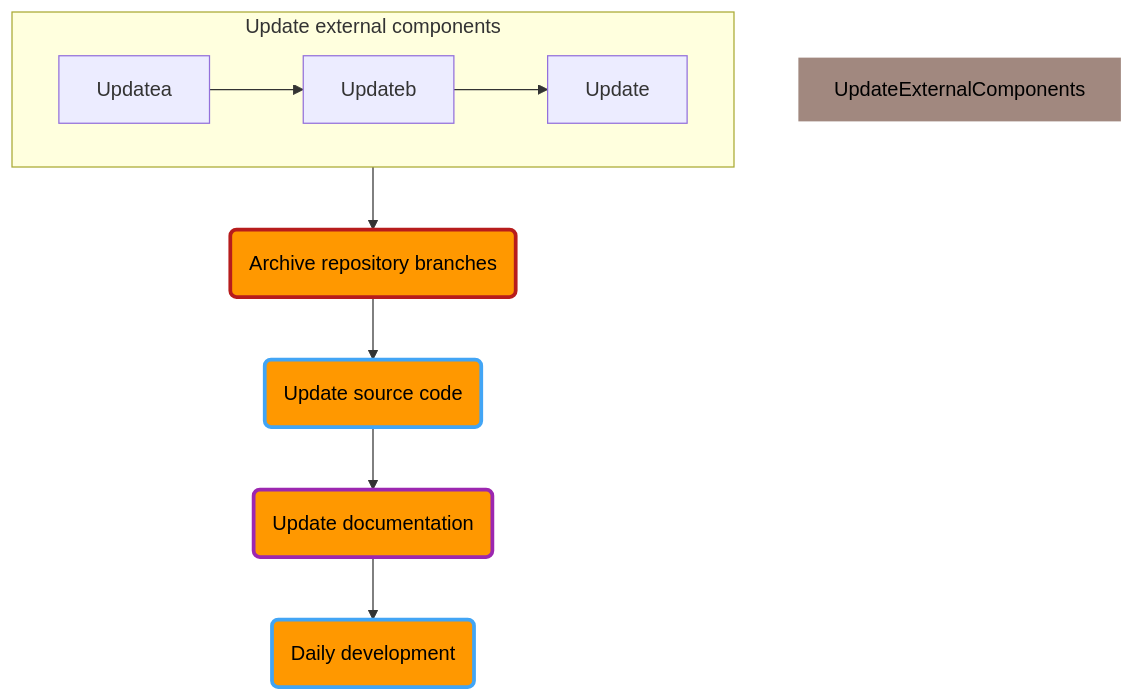
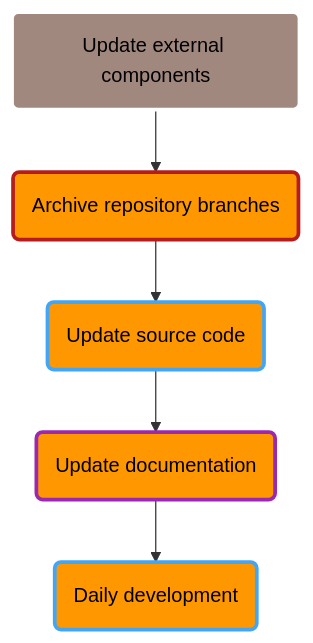
The fifth of 7 diagrams in Development/Development-processes.md (spectrum-health-systems/tingen-documentation), drawn with Mermaid before and after one commit. The commit also changed other lines of this file, not shown here.

````diff
--- a/Development/Development-processes.md
+++ b/Development/Development-processes.md
@@ -153,23 +173,17 @@
 ```mermaid
 flowchart TB
   %% Components
-  subgraph ExternalComponents[Update external components]
-    direction LR
-    %%UpdateExternalComponents@{shape: rounded, label: "Update external components"}
-    Updatea --> Updateb --> Update
-  end
-
+  UpdateExternalComponents@{shape: rounded, label: "Update external components"}
   ArchiveBranches@{shape: rounded, label: "Archive repository branches"}
   UpdateSourceCode@{shape: rounded, label: "Update source code"}
   UpdateDocumentation@{shape: rounded, label: "Update documentation"}
   DailyDevelopment@{shape: rounded, label: "Daily development"}
   %% Layout
-  ExternalComponents --> ArchiveBranches --> UpdateSourceCode --> UpdateDocumentation --> DailyDevelopment
-  %%UpdateExternalComponents --> Updatea
+  UpdateExternalComponents --> ArchiveBranches --> UpdateSourceCode --> UpdateDocumentation --> DailyDevelopment
   %% Styles
   style UpdateExternalComponents color:#000,fill:#a1887f,stroke:#FFF,stroke-width:3px
   style ArchiveBranches color:#000,fill:#ff9800,stroke:#b71c1c,stroke-width:3px
   style UpdateSourceCode color:#000,fill:#ff9800,stroke:#42a5f5,stroke-width:3px
   style UpdateDocumentation color:#000,fill:#ff9800,stroke:#9c27b0,stroke-width:3px
   style DailyDevelopment color:#000,fill:#ff9800,stroke:#42a5f5,stroke-width:3px
 ```
````
